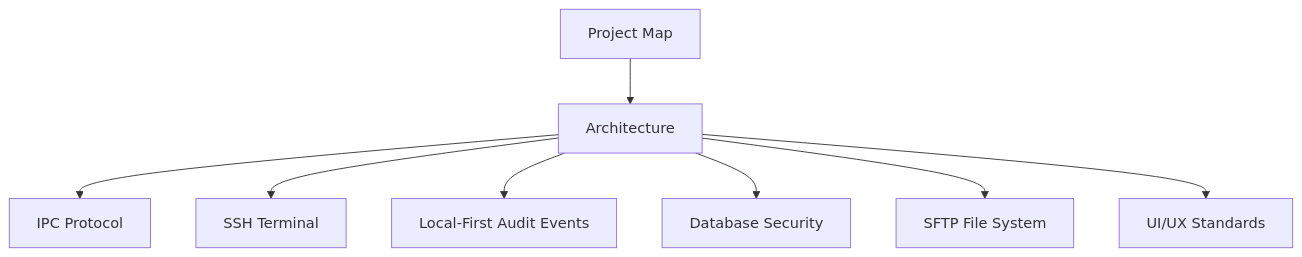
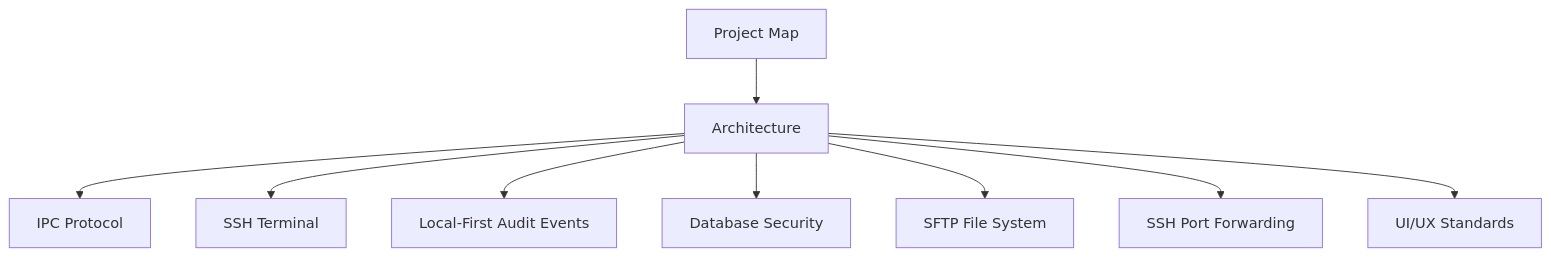
Before and after one commit to XYZ1024-alt/Cosmosh: the diagram in docs/developer/index.md, drawn with Mermaid. The commit also changed other lines of this file and 40 other files, not shown here.

First line of the commit message:
feat:add SSH port-forwarding feature

````diff
--- a/docs/developer/index.md
+++ b/docs/developer/index.md
@@ -7,10 +7,11 @@
 ```mermaid
 flowchart TD
   A[Project Map] --> B[Architecture]
   B --> C[IPC Protocol]
   B --> D[SSH Terminal]
   B --> H[Local-First Audit Events]
   B --> G[Database Security]
   B --> E[SFTP File System]
+  B --> I[SSH Port Forwarding]
   B --> F[UI/UX Standards]
 ```
````
